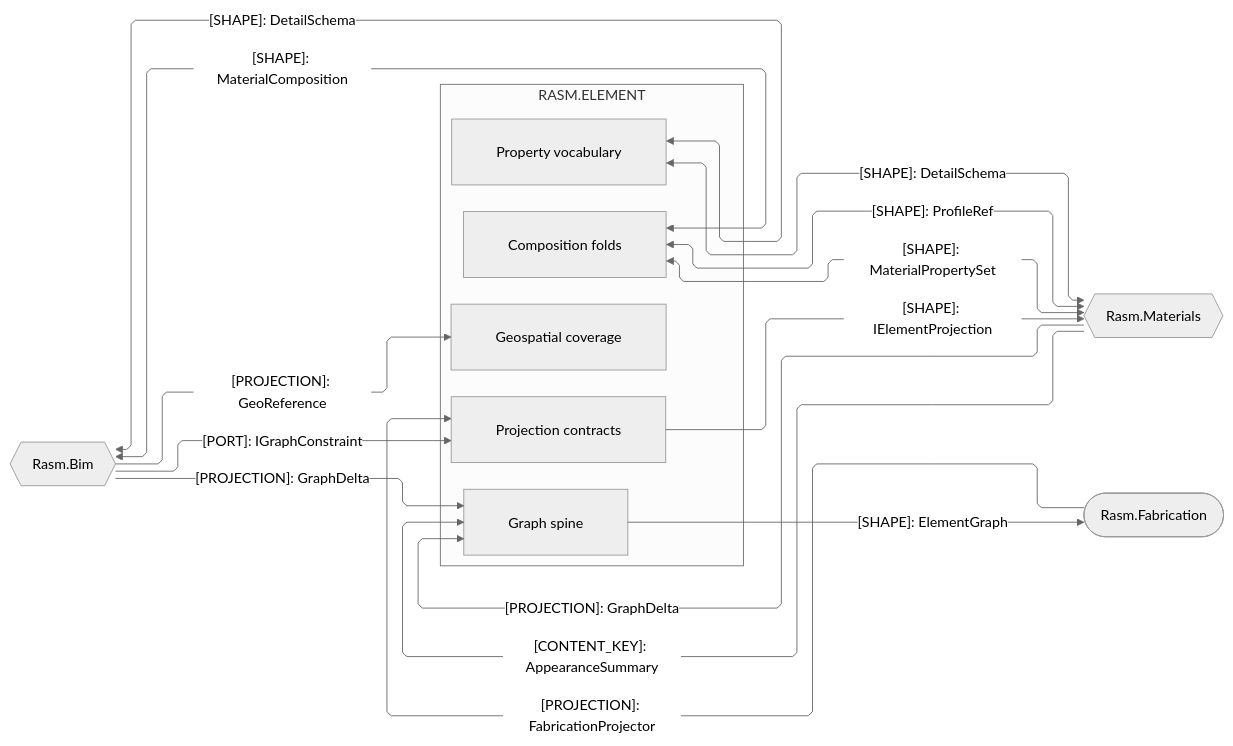
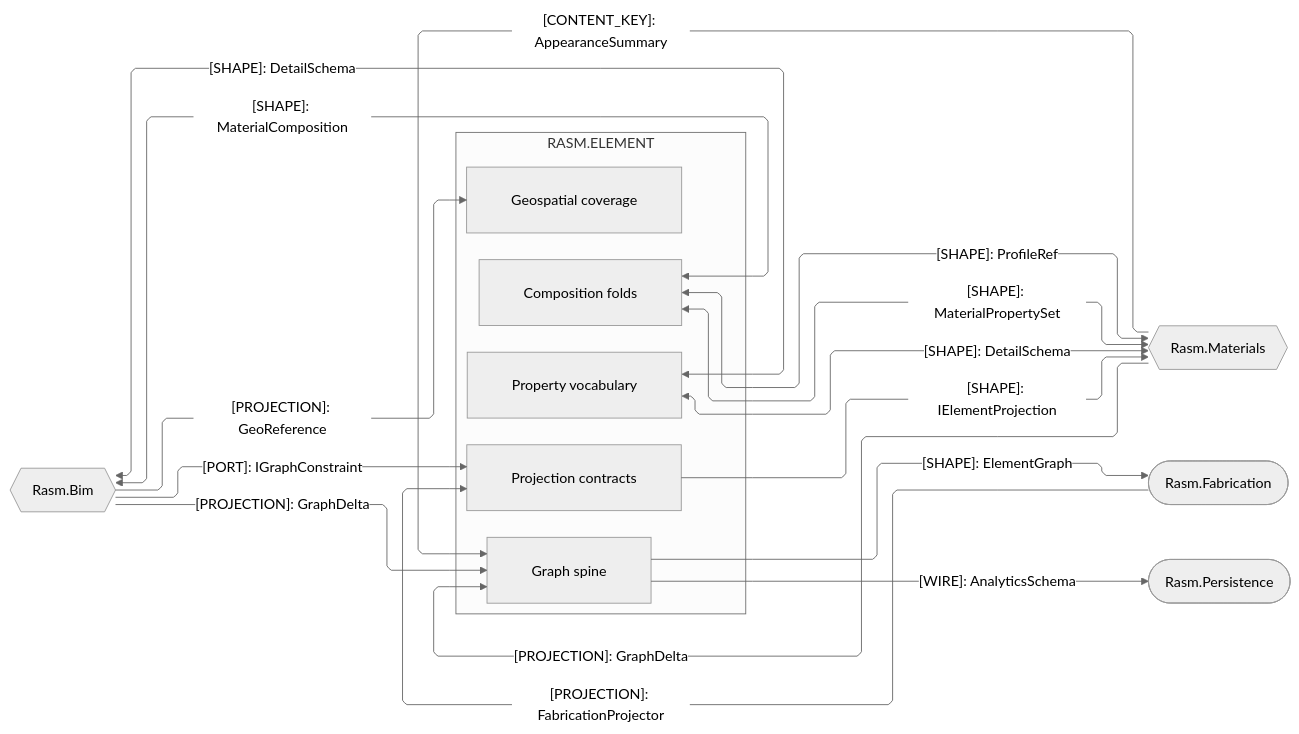
The second of 3 diagrams in libs/csharp/Rasm.Element/ARCHITECTURE.md (bsamiee/Rasm), drawn with Mermaid (neutral theme) before and after one commit. The commit also changed other lines of this file and 249 other files, not shown here.

````diff
--- a/libs/csharp/Rasm.Element/ARCHITECTURE.md
+++ b/libs/csharp/Rasm.Element/ARCHITECTURE.md
@@ -116,35 +124,37 @@
 ```mermaid
 ---
 config:
   layout: elk
   flowchart:
     curve: linear
     padding: 25
 ---
 flowchart LR
     accTitle: Element AEC-domain projection seams
-    accDescr: Element sub-domain owners exchanging projections and neutral shapes with the AEC peers Bim, Materials, and Fabrication, one edge per contract family mirrored on the counterpart folder.
+    accDescr: Element sub-domain owners exchanging projections and neutral shapes with the AEC peers Bim, Materials, and Fabrication and handing columnar row schemas to the Persistence custodian, one edge per contract family mirrored on the counterpart folder.
     subgraph element[RASM.ELEMENT]
         Graph[Graph spine]
         Projection[Projection contracts]
         Composition[Composition folds]
         Properties[Property vocabulary]
         Geospatial[Geospatial coverage]
     end
     Bim{{Rasm.Bim}}
     Materials{{Rasm.Materials}}
     Fabrication([Rasm.Fabrication])
+    Persistence([Rasm.Persistence])
     Bim -->|"[PROJECTION]: GraphDelta"| Graph
     Materials -->|"[PROJECTION]: GraphDelta"| Graph
     Graph -->|"[SHAPE]: ElementGraph"| Fabrication
+    Graph -->|"[WIRE]: AnalyticsSchema"| Persistence
     Bim -->|"[PORT]: IGraphConstraint"| Projection
     Fabrication -->|"[PROJECTION]: FabricationProjector"| Projection
     Projection -->|"[SHAPE]: IElementProjection"| Materials
     Composition <-->|"[SHAPE]: MaterialComposition"| Bim
     Composition <-->|"[SHAPE]: ProfileRef"| Materials
     Composition <-->|"[SHAPE]: MaterialPropertySet"| Materials
     Materials -->|"[CONTENT_KEY]: AppearanceSummary"| Graph
     Properties <-->|"[SHAPE]: DetailSchema"| Bim
     Properties <-->|"[SHAPE]: DetailSchema"| Materials
     Bim -->|"[PROJECTION]: GeoReference"| Geospatial
 ```
````
